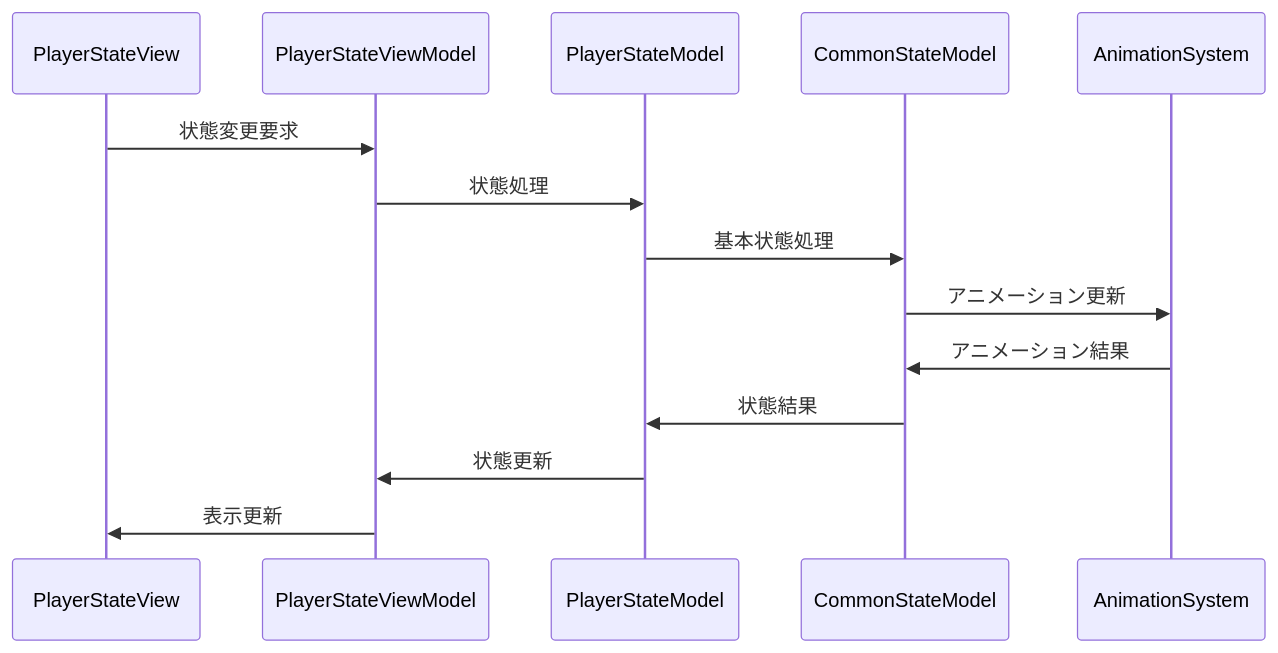
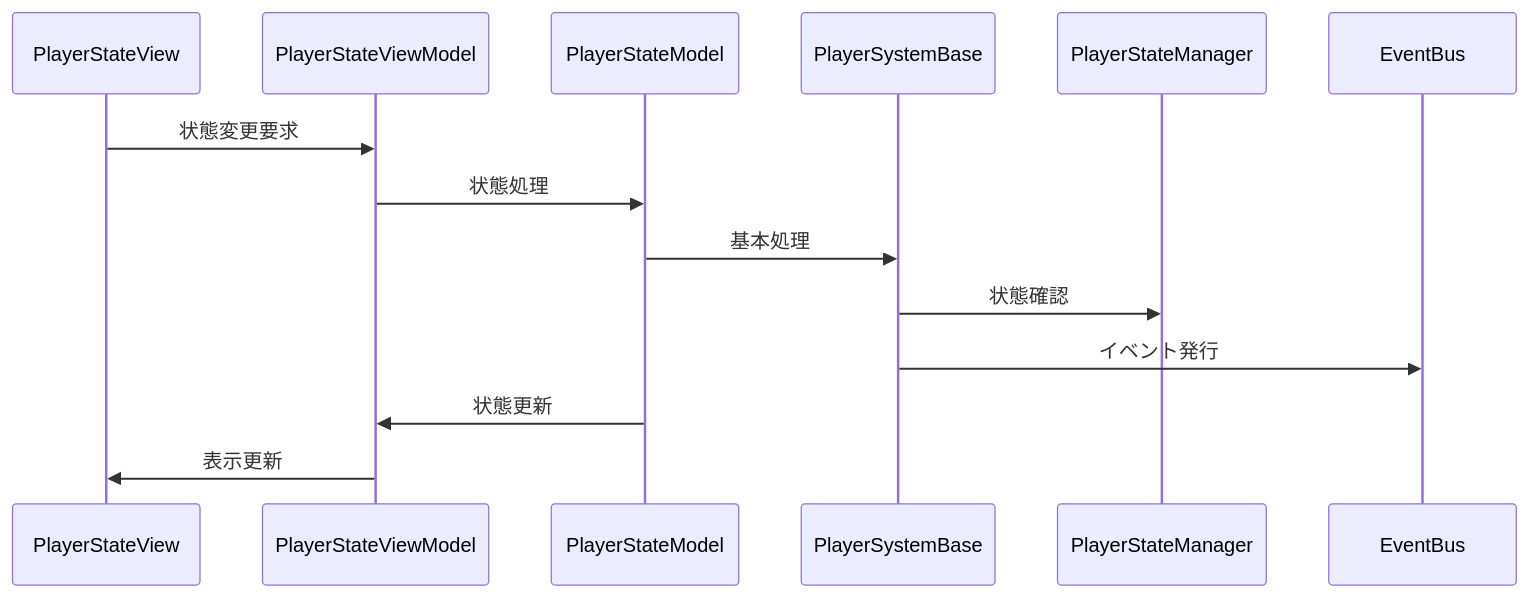
Before and after one commit to nel2116/GodotGame: the second of 2 diagrams in Docs/10_CoreDocs/12_Architecture/12_03_detailed_design/02_systems/01_player_system/05_state_system.md, drawn with Mermaid. The commit also changed other lines of this file and 5 other files, not shown here.

````diff
--- a/Docs/10_CoreDocs/12_Architecture/12_03_detailed_design/02_systems/01_player_system/05_state_system.md
+++ b/Docs/10_CoreDocs/12_Architecture/12_03_detailed_design/02_systems/01_player_system/05_state_system.md
@@ -87,17 +89,17 @@
 ```mermaid
 sequenceDiagram
     participant View as PlayerStateView
     participant ViewModel as PlayerStateViewModel
     participant Model as PlayerStateModel
-    participant Common as CommonStateModel
-    participant Animation as AnimationSystem
+    participant Base as PlayerSystemBase
+    participant State as PlayerStateManager
+    participant Event as EventBus
 
     View->>ViewModel: 状態変更要求
     ViewModel->>Model: 状態処理
-    Model->>Common: 基本状態処理
-    Common->>Animation: アニメーション更新
-    Animation->>Common: アニメーション結果
-    Common->>Model: 状態結果
+    Model->>Base: 基本処理
+    Base->>State: 状態確認
+    Base->>Event: イベント発行
     Model->>ViewModel: 状態更新
     ViewModel->>View: 表示更新
 ```
````
